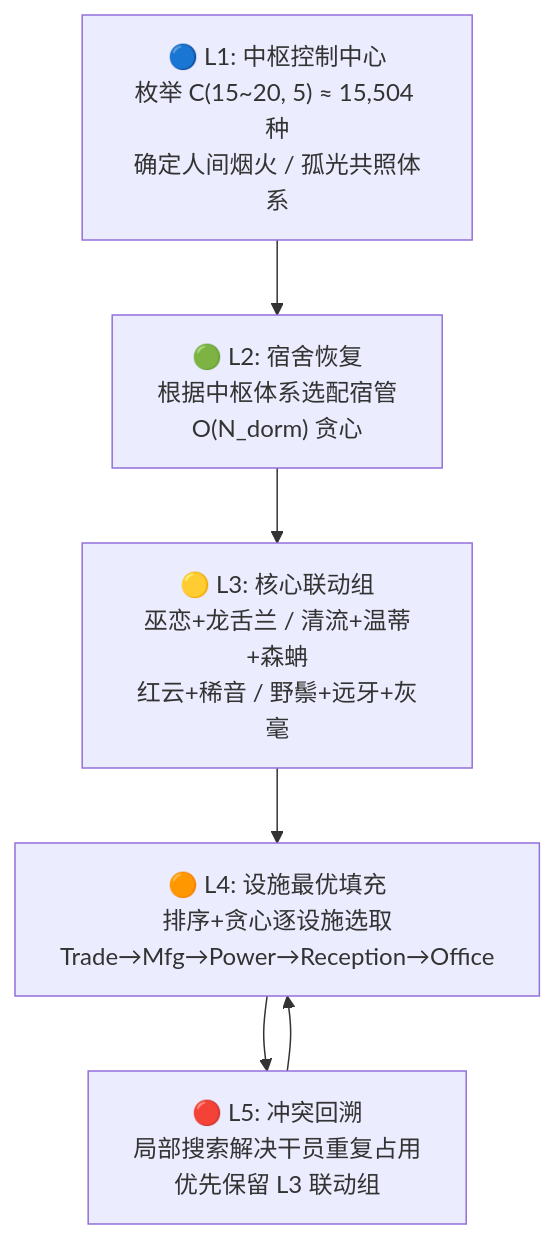
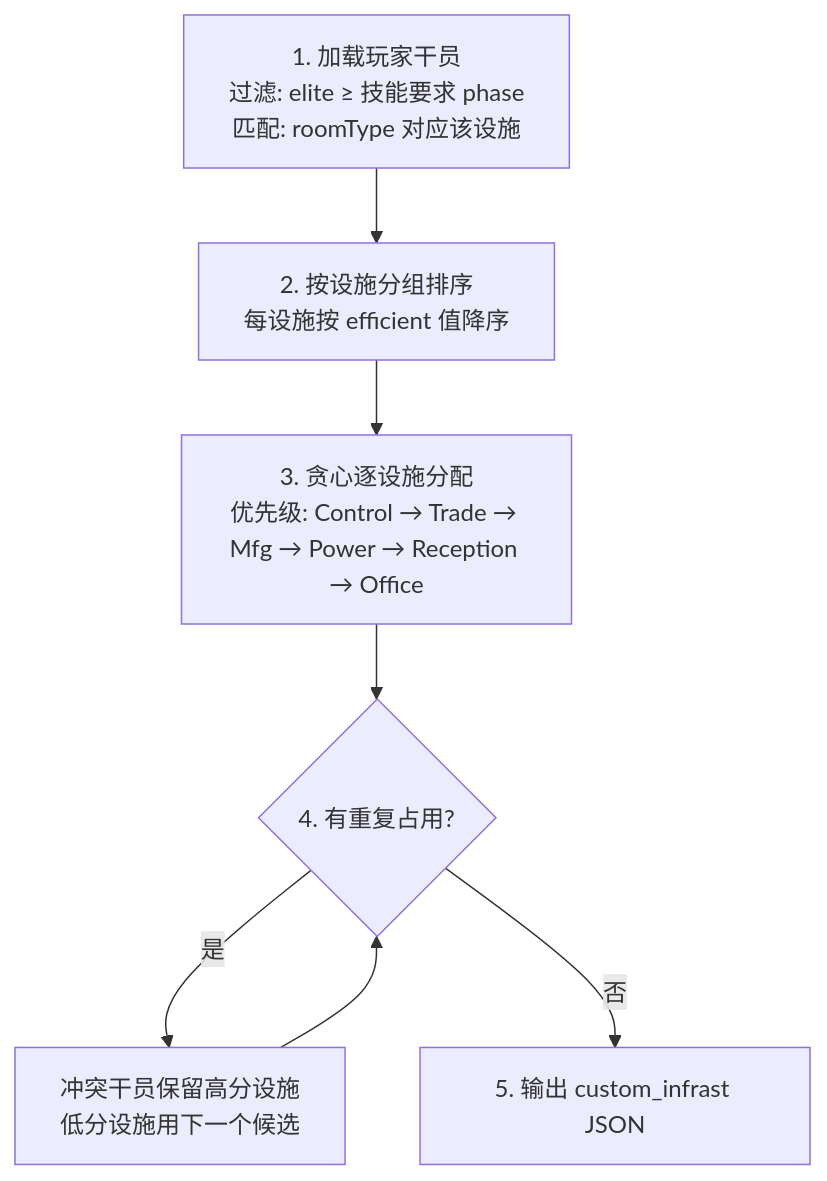
One commit to Pegaiur/RhodeLogisticsSteward changed the sixth of 8 diagrams in docs/scheduling-strategy.md. Above: the diagram before and after it, drawn with Mermaid. The commit also changed other lines of this file and 3 other files, not shown here.

First line of the commit message:
docs: 添加 AGENTS.md、ROADMAP.md，简化排班策略，补全项目骨架

````diff
--- a/docs/scheduling-strategy.md
+++ b/docs/scheduling-strategy.md
@@ -263,9 +263,9 @@
 ```mermaid
 flowchart TD
-    L1["🔵 L1: 中枢控制中心<br/>枚举 C(15~20, 5) ≈ 15,504 种<br/>确定人间烟火 / 孤光共照体系"]
-    L1 --> L2["🟢 L2: 宿舍恢复<br/>根据中枢体系选配宿管<br/>O(N_dorm) 贪心"]
-    L2 --> L3["🟡 L3: 核心联动组<br/>巫恋+龙舌兰 / 清流+温蒂+森蚺<br/>红云+稀音 / 野鬃+远牙+灰毫"]
-    L3 --> L4["🟠 L4: 设施最优填充<br/>排序+贪心逐设施选取<br/>Trade→Mfg→Power→Reception→Office"]
-    L4 --> L5["🔴 L5: 冲突回溯<br/>局部搜索解决干员重复占用<br/>优先保留 L3 联动组"]
-    L5 --> L4
+    S["1. 加载玩家干员<br/>过滤: elite ≥ 技能要求 phase<br/>匹配: roomType 对应该设施"] --> R["2. 按设施分组排序<br/>每设施按 efficient 值降序"]
+    R --> G["3. 贪心逐设施分配<br/>优先级: Control → Trade → Mfg → Power → Reception → Office"]
+    G --> C{"4. 有重复占用?"}
+    C -->|是| B["冲突干员保留高分设施<br/>低分设施用下一个候选"]
+    C -->|否| D["5. 输出 custom_infrast JSON"]
+    B --> C
 ```
````
